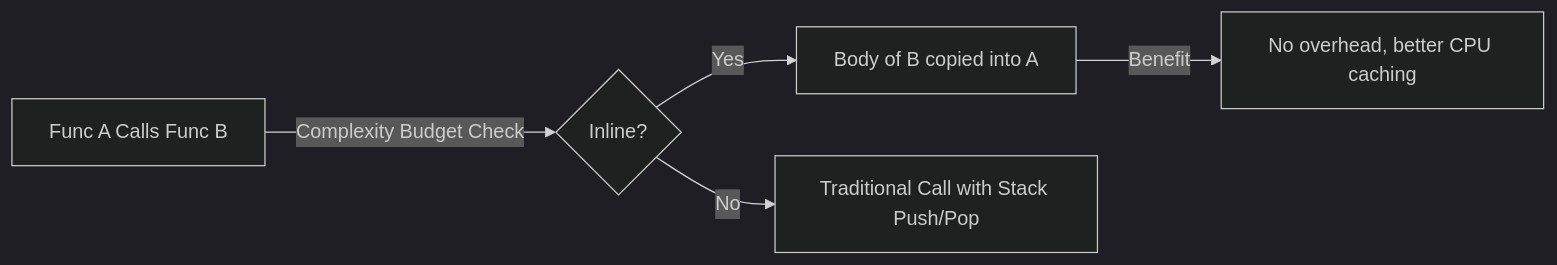
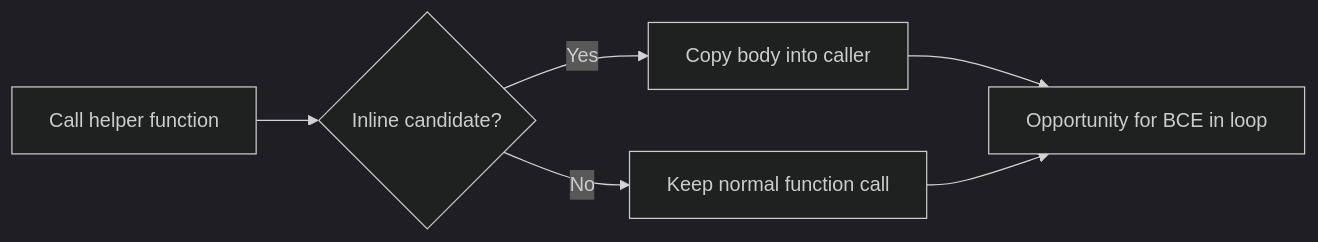
Before and after one commit to syahputrawork98-sketch/Golang-Knowledge-Base: the diagram in RAK-03-evolution/SR-05-internals/BK-03-optimization/CH-01-inline-bce/README.md, drawn with Mermaid (dark theme). The commit also changed other lines of this file and 61 other files, not shown here.

````diff
--- a/RAK-03-evolution/SR-05-internals/BK-03-optimization/CH-01-inline-bce/README.md
+++ b/RAK-03-evolution/SR-05-internals/BK-03-optimization/CH-01-inline-bce/README.md
@@ -37,8 +35,8 @@
 ```mermaid
 graph LR
-    Call[Func A Calls Func B] -- "Complexity Budget Check" --> Decision{Inline?}
-    Decision -- Yes --> Integrated[Body of B copied into A]
-    Decision -- No --> Stack[Traditional Call with Stack Push/Pop]
-    
-    Integrated -- Benefit --> Fast[No overhead, better CPU caching]
+    Call[Call helper function] --> Decide{Inline candidate?}
+    Decide -->|Yes| Inline[Copy body into caller]
+    Decide -->|No| Regular[Keep normal function call]
+    Inline --> Loop[Opportunity for BCE in loop]
+    Regular --> Loop
 ```
````
